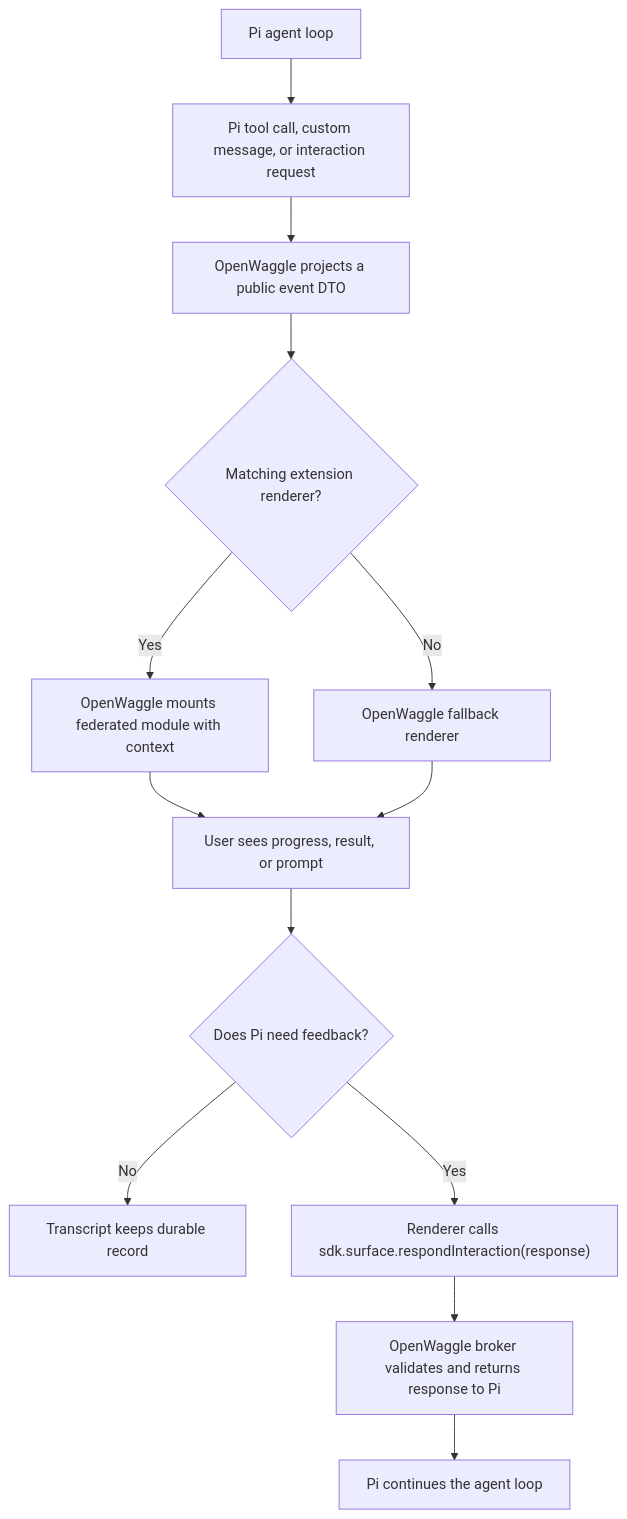
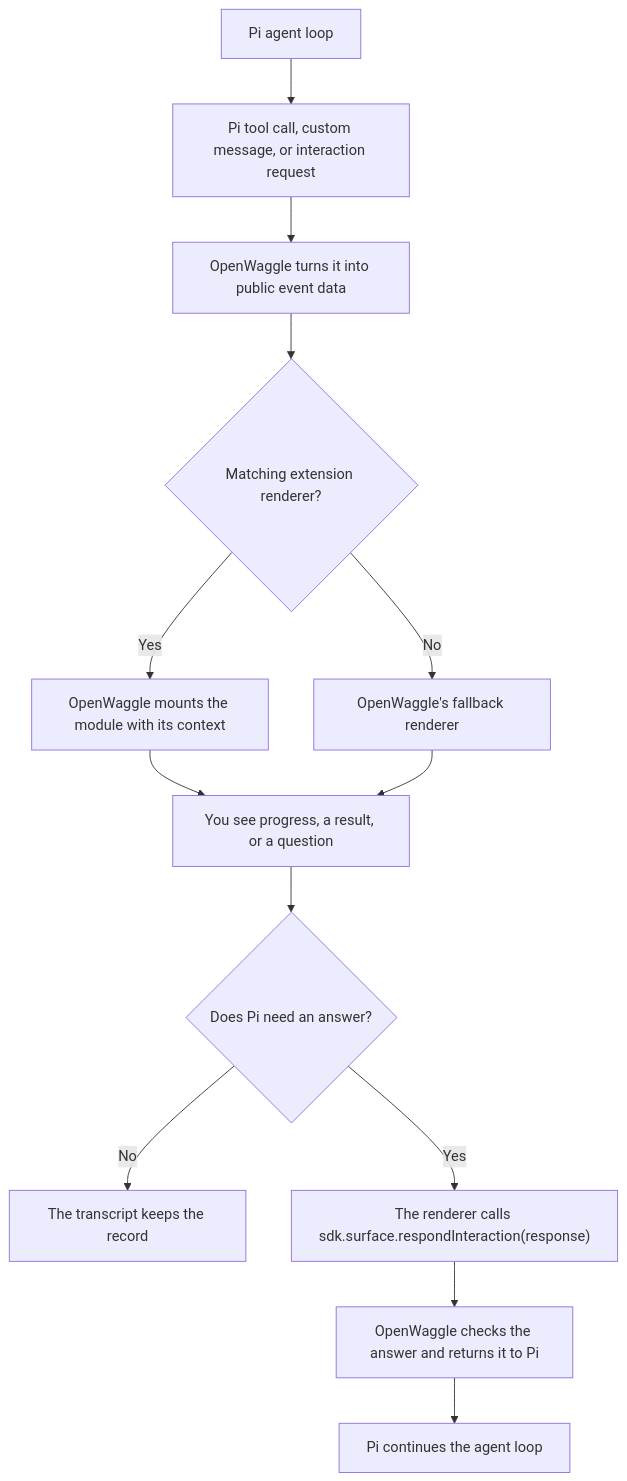
The second of 2 diagrams in website/src/content/docs/extending/openwaggle-extensions.md (OpenWaggle/OpenWaggle), drawn with Mermaid before and after one commit. The commit also changed other lines of this file and 10 other files, not shown here.

````diff
--- a/website/src/content/docs/extending/openwaggle-extensions.md
+++ b/website/src/content/docs/extending/openwaggle-extensions.md
@@ -627,15 +356,15 @@
 ```mermaid
 flowchart TD
   A["Pi agent loop"] --> B["Pi tool call, custom message, or interaction request"]
-  B --> C["OpenWaggle projects a public event DTO"]
+  B --> C["OpenWaggle turns it into public event data"]
   C --> D{"Matching extension renderer?"}
-  D -- "Yes" --> E["OpenWaggle mounts federated module with context"]
-  D -- "No" --> F["OpenWaggle fallback renderer"]
-  E --> G["User sees progress, result, or prompt"]
+  D -- "Yes" --> E["OpenWaggle mounts the module with its context"]
+  D -- "No" --> F["OpenWaggle's fallback renderer"]
+  E --> G["You see progress, a result, or a question"]
   F --> G
-  G --> H{"Does Pi need feedback?"}
-  H -- "No" --> I["Transcript keeps durable record"]
-  H -- "Yes" --> J["Renderer calls sdk.surface.respondInteraction(response)"]
-  J --> K["OpenWaggle broker validates and returns response to Pi"]
+  G --> H{"Does Pi need an answer?"}
+  H -- "No" --> I["The transcript keeps the record"]
+  H -- "Yes" --> J["The renderer calls sdk.surface.respondInteraction(response)"]
+  J --> K["OpenWaggle checks the answer and returns it to Pi"]
   K --> L["Pi continues the agent loop"]
 ```
````
